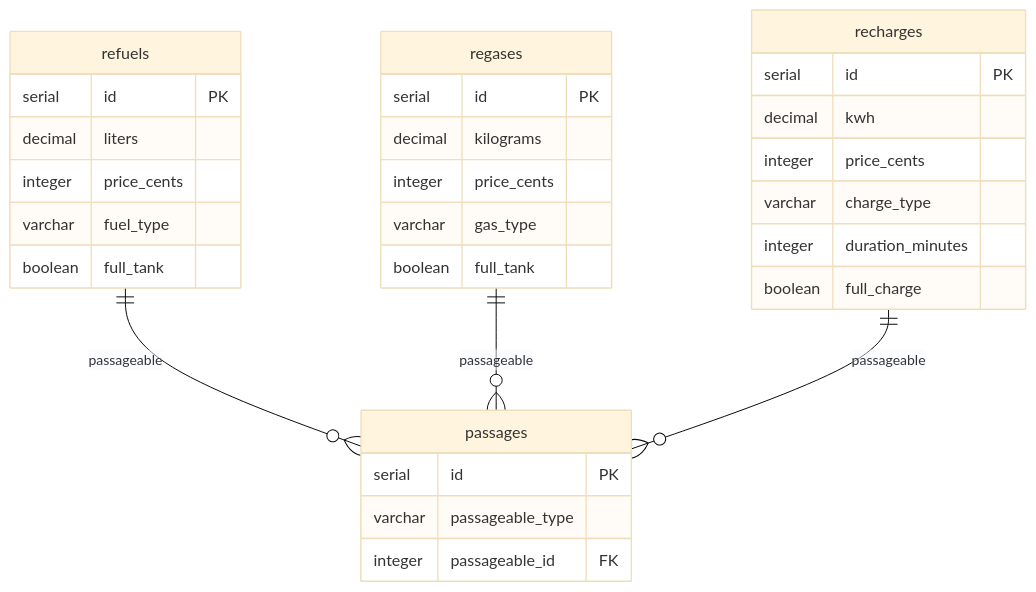
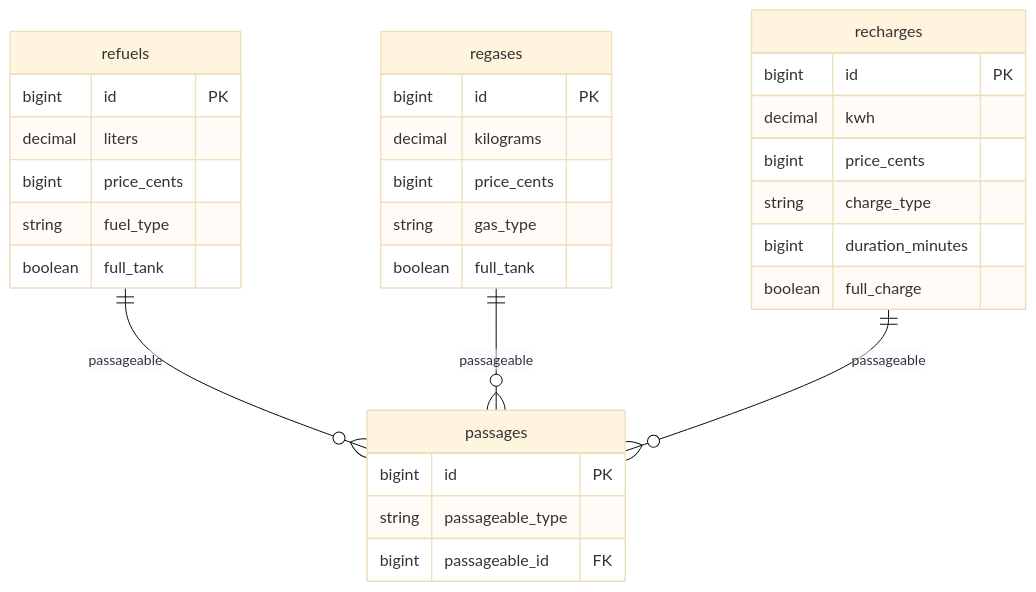
Before and after one commit to fcatuhe/crooz: the fifth of 7 diagrams in .specs/schema.md, drawn with Mermaid (base theme). The commit also changed other lines of this file, not shown here.

Commit message:
Use Ruby types (bigint, string, text, etc.)

````diff
--- a/.specs/schema.md
+++ b/.specs/schema.md
@@ -280,37 +280,37 @@
 ```mermaid
 erDiagram
     passages {
-        serial id PK
-        varchar passageable_type
-        integer passageable_id FK
+        bigint id PK
+        string passageable_type
+        bigint passageable_id FK
     }
 
     refuels {
-        serial id PK
+        bigint id PK
         decimal liters
-        integer price_cents
-        varchar fuel_type
+        bigint price_cents
+        string fuel_type
         boolean full_tank
     }
 
     regases {
-        serial id PK
+        bigint id PK
         decimal kilograms
-        integer price_cents
-        varchar gas_type
+        bigint price_cents
+        string gas_type
         boolean full_tank
     }
 
     recharges {
-        serial id PK
+        bigint id PK
         decimal kwh
-        integer price_cents
-        varchar charge_type
-        integer duration_minutes
+        bigint price_cents
+        string charge_type
+        bigint duration_minutes
         boolean full_charge
     }
 
     refuels ||--o{ passages : "passageable"
     regases ||--o{ passages : "passageable"
     recharges ||--o{ passages : "passageable"
 ```
````
